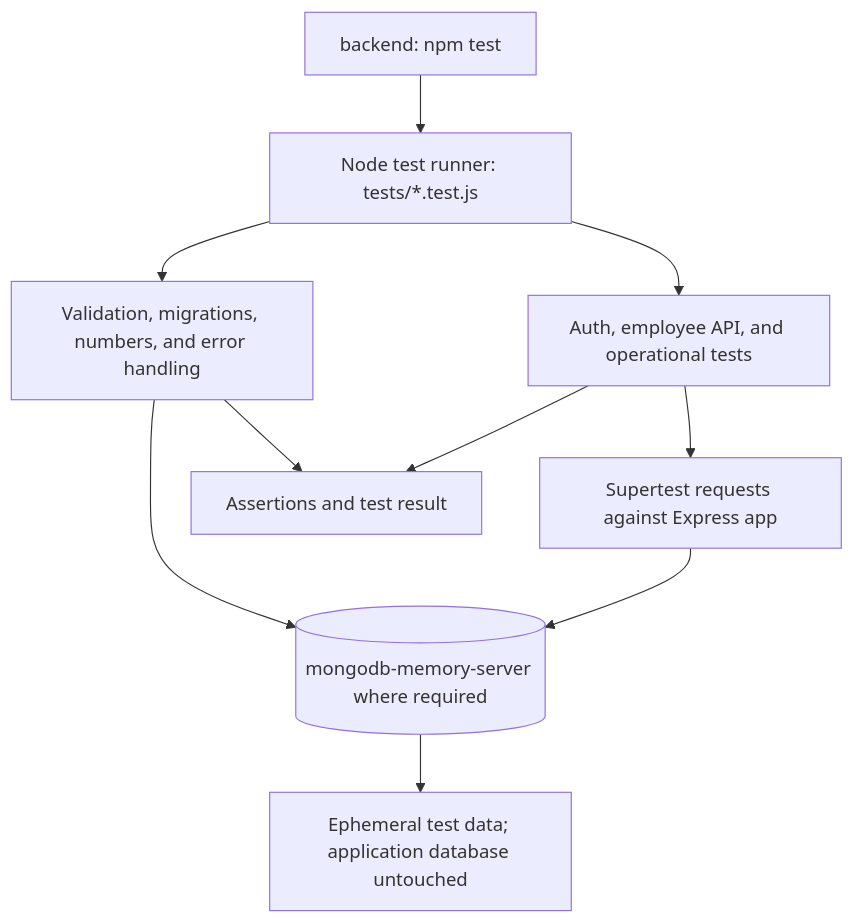
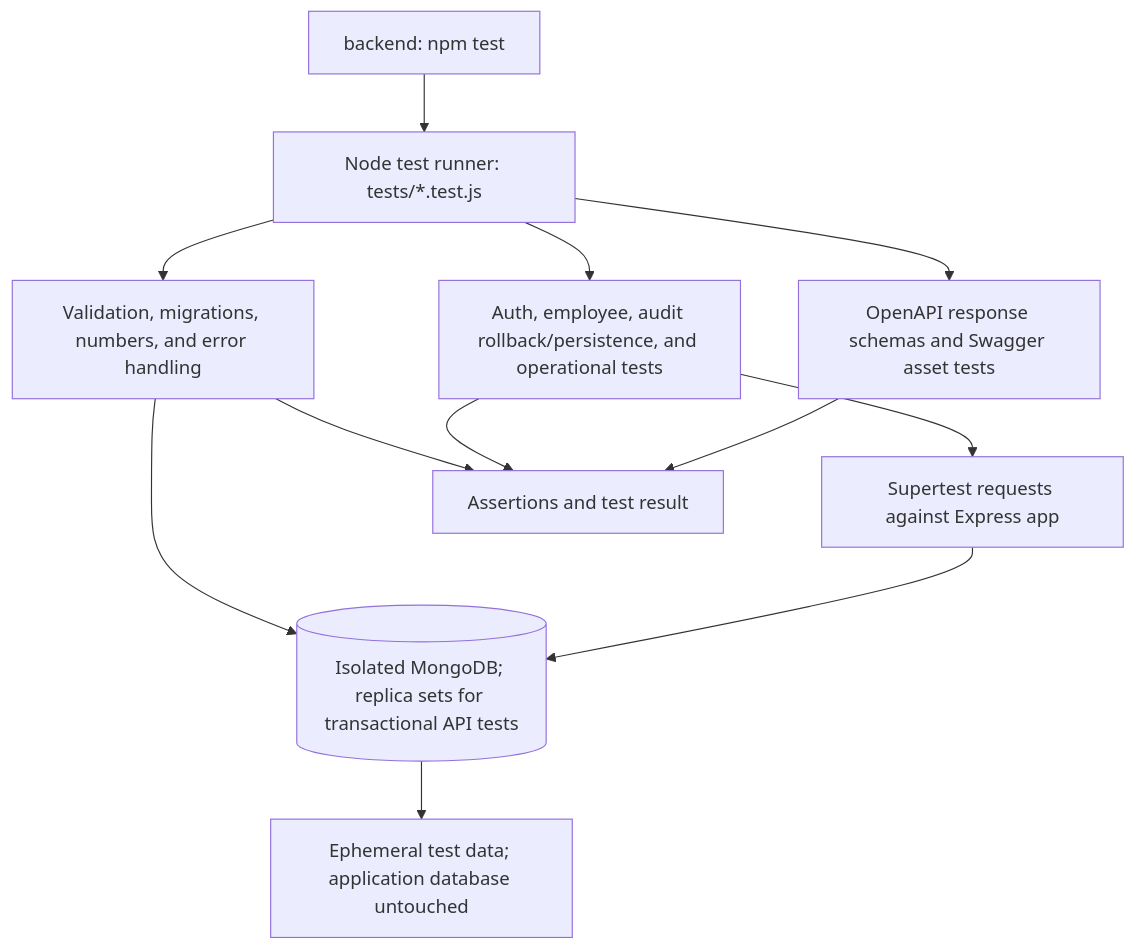
Before and after one commit to herve192-hub/WorkSphere: diagram 33 of 52 in README.md, drawn with Mermaid. The commit also changed other lines of this file and 51 other files, not shown here.

Commit message:
added audit history, API documentation, transactions, and supporting tests/configuration

````diff
--- a/README.md
+++ b/README.md
@@ -1463,12 +1581,14 @@
 ```mermaid
 flowchart TD
     Run["backend: npm test"] --> Runner["Node test runner: tests/*.test.js"]
     Runner --> Unit["Validation, migrations, numbers, and error handling"]
-    Runner --> Integration["Auth, employee API, and operational tests"]
+    Runner --> Integration["Auth, employee, audit rollback/persistence, and operational tests"]
+    Runner --> Contracts["OpenAPI response schemas and Swagger asset tests"]
     Integration --> HTTP["Supertest requests against Express app"]
-    Unit --> DB[("mongodb-memory-server where required")]
+    Unit --> DB[("Isolated MongoDB; replica sets for transactional API tests")]
     HTTP --> DB
     DB --> Isolation["Ephemeral test data; application database untouched"]
     Unit --> Result["Assertions and test result"]
     Integration --> Result
+    Contracts --> Result
 ```
````
